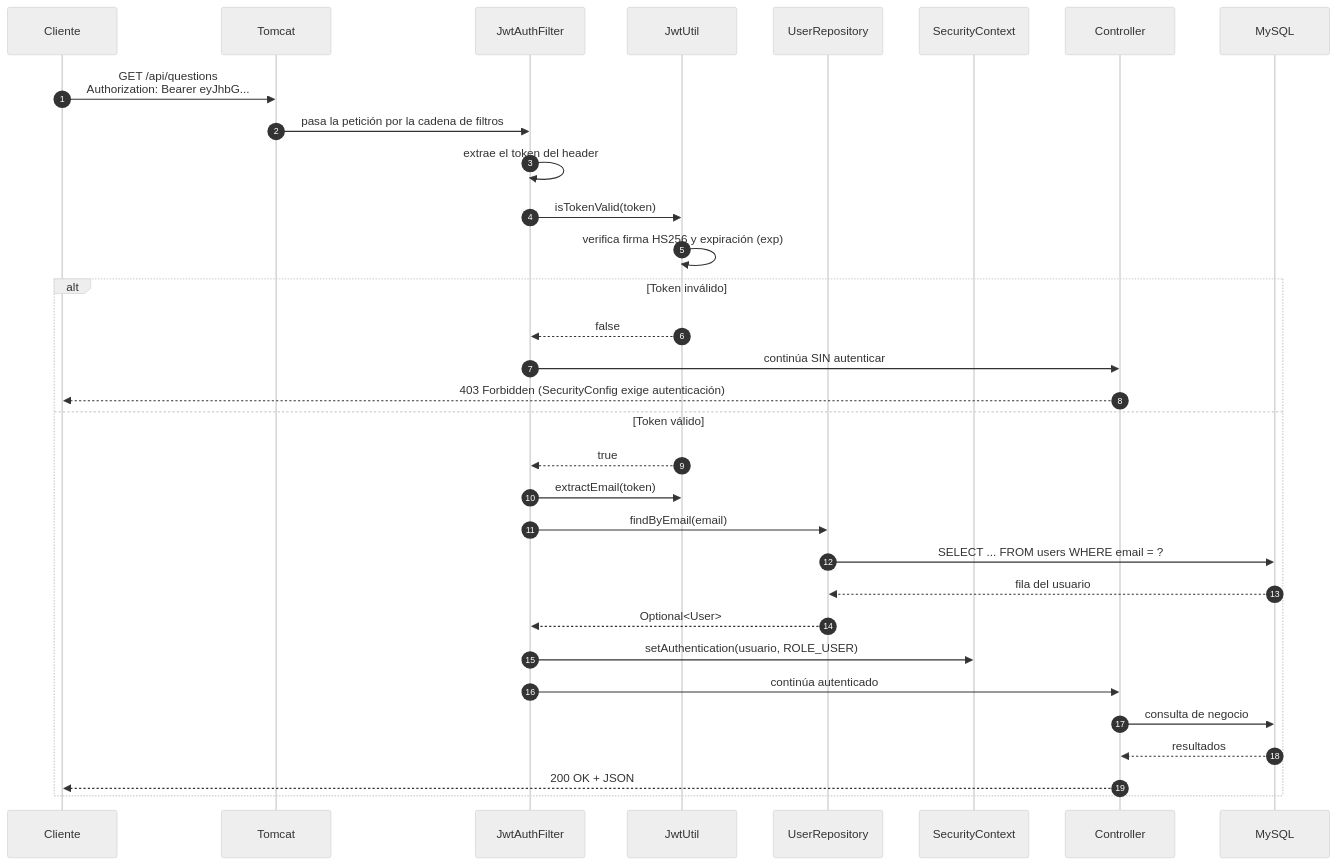
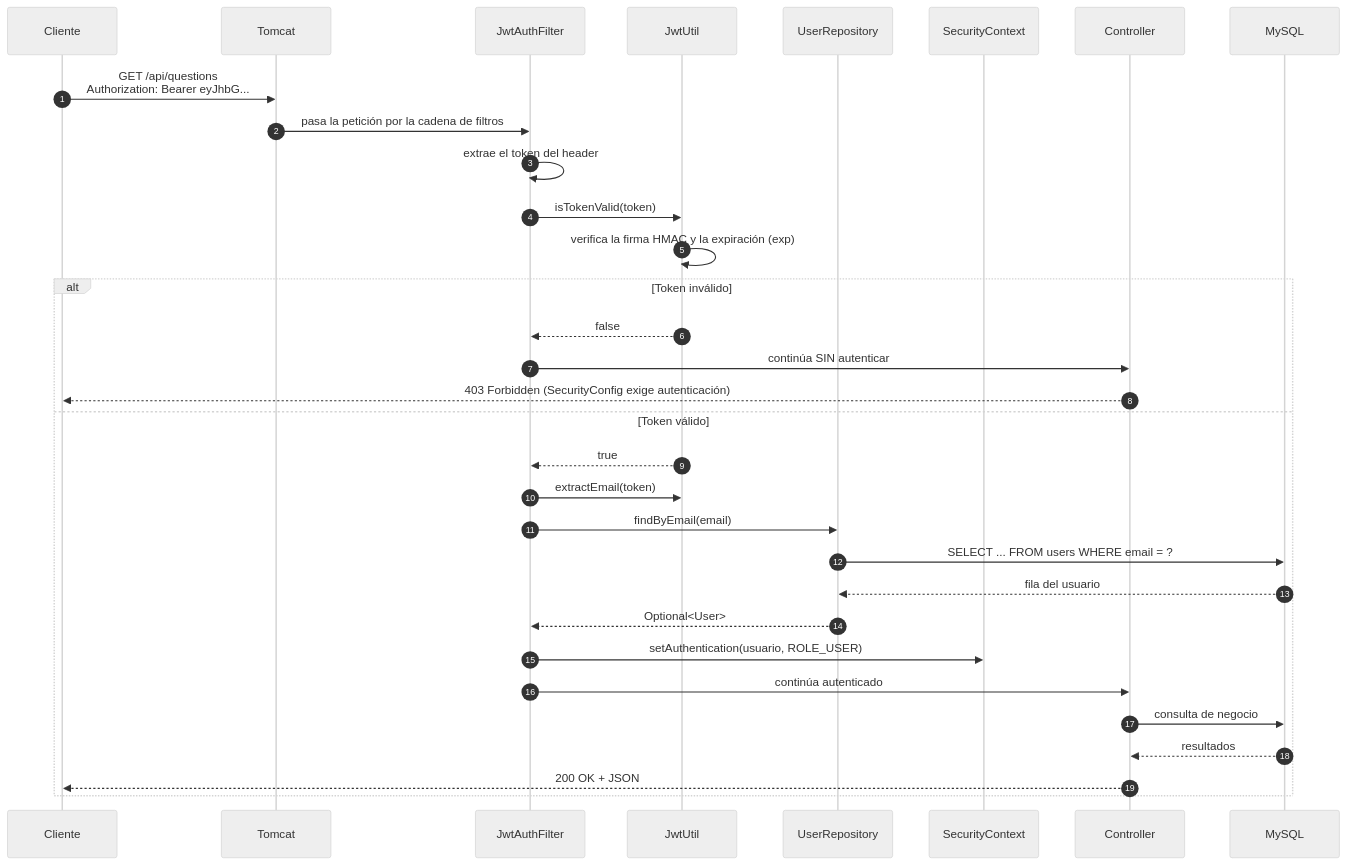
Before and after one commit to vaninafuentes/Interview-backend_prats: the second of 3 diagrams in docs/arquitectura.md, drawn with Mermaid (neutral theme). The commit also changed other lines of this file and 23 other files, not shown here.

````diff
--- a/docs/arquitectura.md
+++ b/docs/arquitectura.md
@@ -133,35 +133,35 @@
 ```mermaid
 sequenceDiagram
     autonumber
     participant C as Cliente
     participant T as Tomcat
     participant J as JwtAuthFilter
     participant U as JwtUtil
     participant R as UserRepository
     participant S as SecurityContext
     participant Ctrl as Controller
     participant DB as MySQL
 
     C->>T: GET /api/questions<br/>Authorization: Bearer eyJhbG...
     T->>J: pasa la petición por la cadena de filtros
     J->>J: extrae el token del header
     J->>U: isTokenValid(token)
-    U->>U: verifica firma HS256 y expiración (exp)
+    U->>U: verifica la firma HMAC y la expiración (exp)
     alt Token inválido
         U-->>J: false
         J->>Ctrl: continúa SIN autenticar
         Ctrl-->>C: 403 Forbidden (SecurityConfig exige autenticación)
     else Token válido
         U-->>J: true
         J->>U: extractEmail(token)
         J->>R: findByEmail(email)
         R->>DB: SELECT ... FROM users WHERE email = ?
         DB-->>R: fila del usuario
         R-->>J: Optional<User>
         J->>S: setAuthentication(usuario, ROLE_USER)
         J->>Ctrl: continúa autenticado
         Ctrl->>DB: consulta de negocio
         DB-->>Ctrl: resultados
         Ctrl-->>C: 200 OK + JSON
     end
 ```
````
